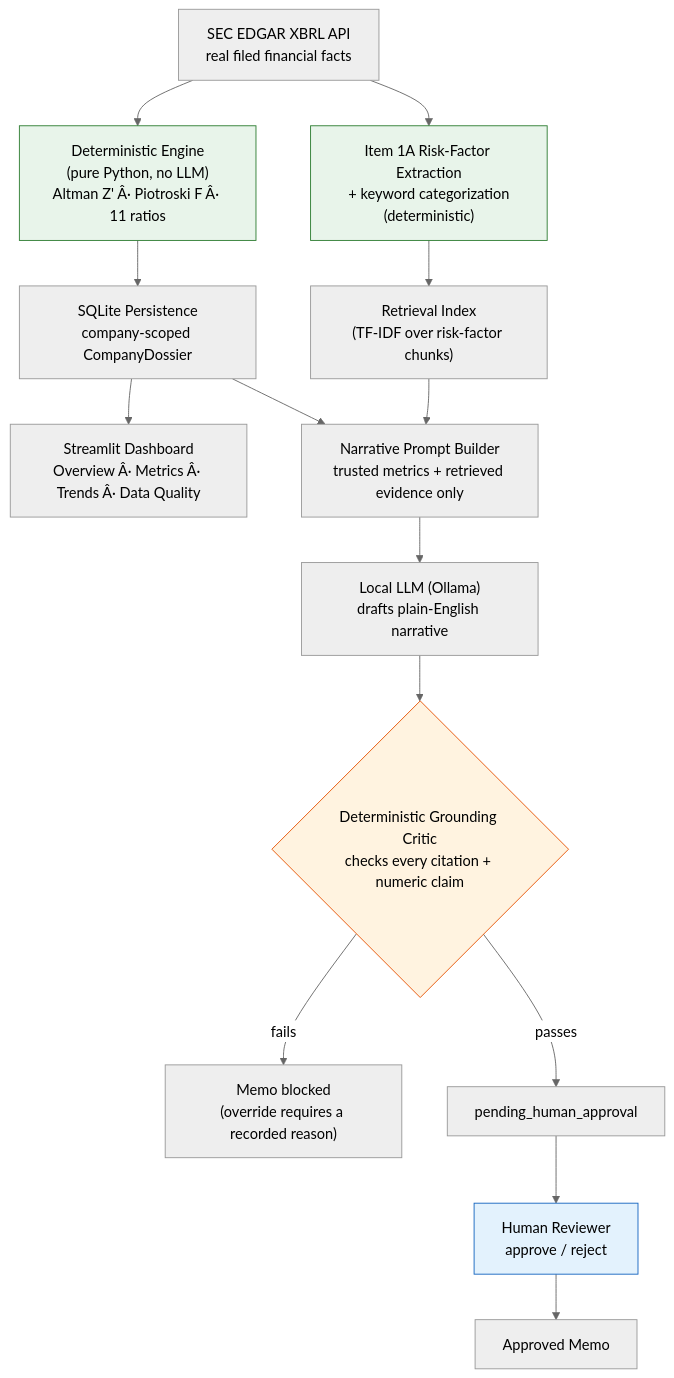
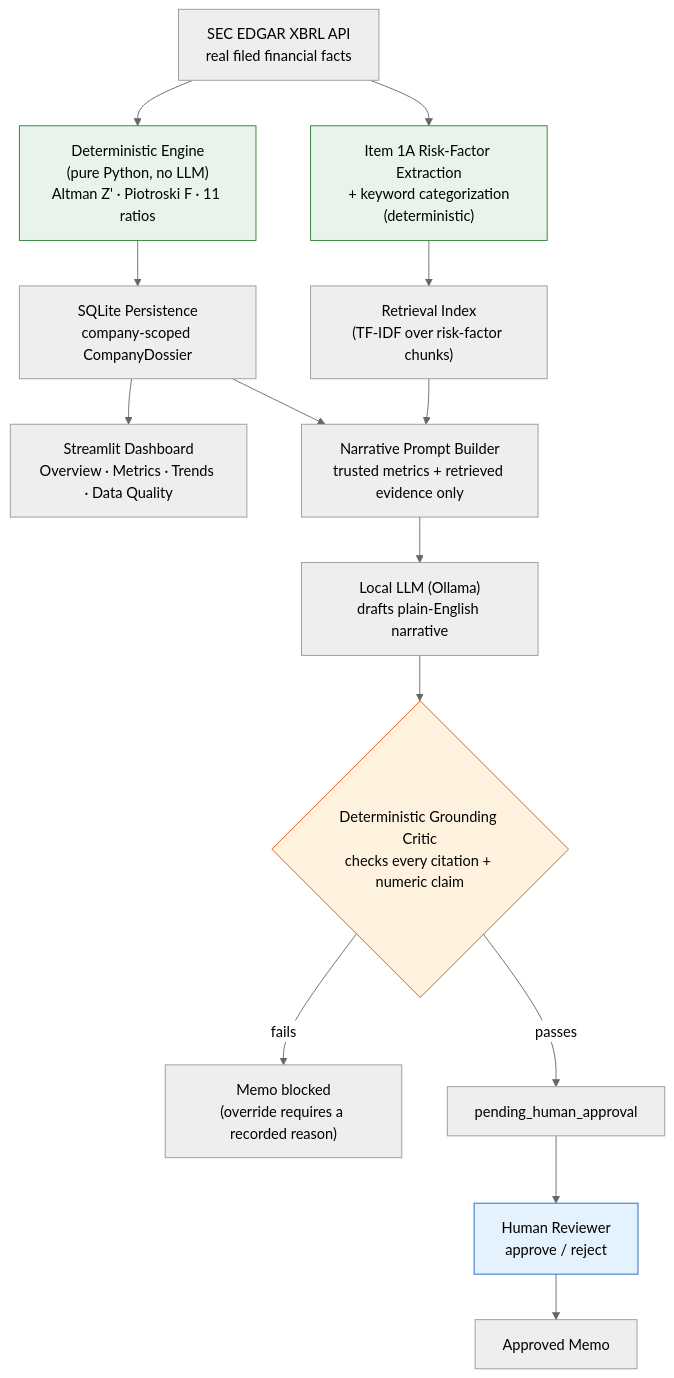
The diagram in README.md (Shraddhatodkari/RiskCopilot), drawn with Mermaid (neutral theme) before and after one commit. The commit also changed other lines of this file, not shown here.

Commit message:
Fix README encoding

````diff
--- a/README.md
+++ b/README.md
@@ -45,21 +45,21 @@
 ```mermaid
 flowchart TD
-    A["SEC EDGAR XBRL API<br/>real filed financial facts"] --> B["Deterministic Engine<br/>(pure Python, no LLM)<br/>Altman Z' Â· Piotroski F Â· 11 ratios"]
+    A["SEC EDGAR XBRL API<br/>real filed financial facts"] --> B["Deterministic Engine<br/>(pure Python, no LLM)<br/>Altman Z' · Piotroski F · 11 ratios"]
     A --> C["Item 1A Risk-Factor Extraction<br/>+ keyword categorization<br/>(deterministic)"]
     B --> D["SQLite Persistence<br/>company-scoped CompanyDossier"]
     C --> E["Retrieval Index<br/>(TF-IDF over risk-factor chunks)"]
-    D --> F["Streamlit Dashboard<br/>Overview Â· Metrics Â· Trends Â· Data Quality"]
+    D --> F["Streamlit Dashboard<br/>Overview · Metrics · Trends · Data Quality"]
     D --> G["Narrative Prompt Builder<br/>trusted metrics + retrieved evidence only"]
     E --> G
     G --> H["Local LLM (Ollama)<br/>drafts plain-English narrative"]
     H --> I{"Deterministic Grounding Critic<br/>checks every citation + numeric claim"}
     I -- "fails" --> J["Memo blocked<br/>(override requires a recorded reason)"]
     I -- "passes" --> K["pending_human_approval"]
     K --> L["Human Reviewer<br/>approve / reject"]
     L --> M["Approved Memo"]
 
     style B fill:#e8f4ea,stroke:#2e7d32
     style C fill:#e8f4ea,stroke:#2e7d32
     style I fill:#fff3e0,stroke:#e65100
     style L fill:#e3f2fd,stroke:#1565c0
 ```
````
